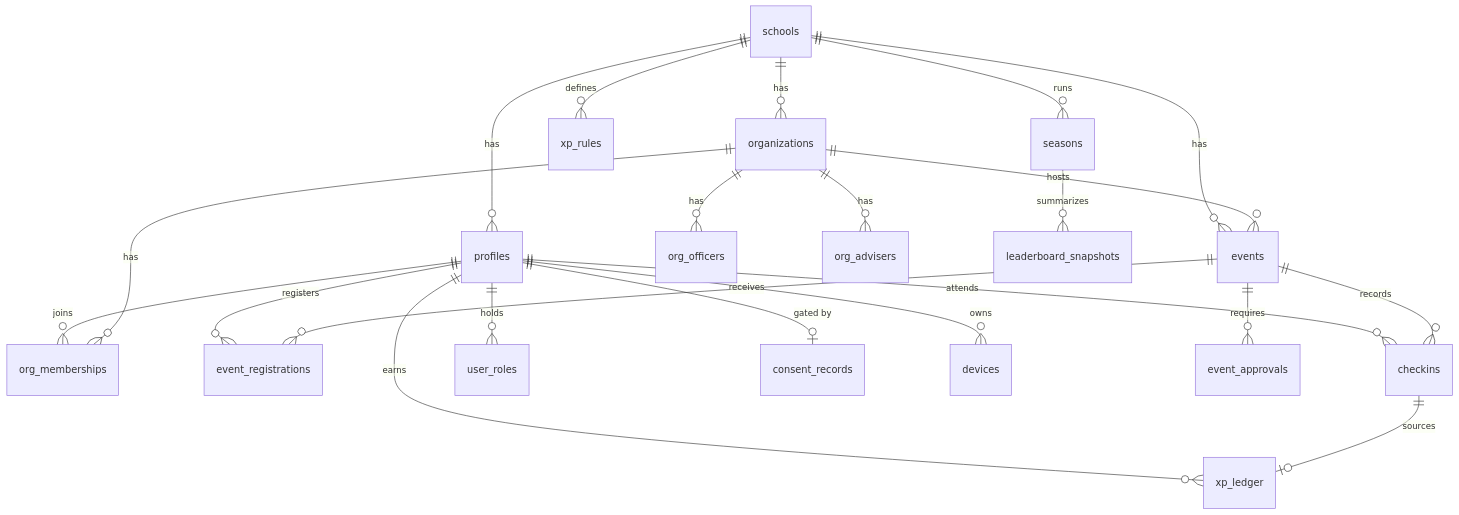
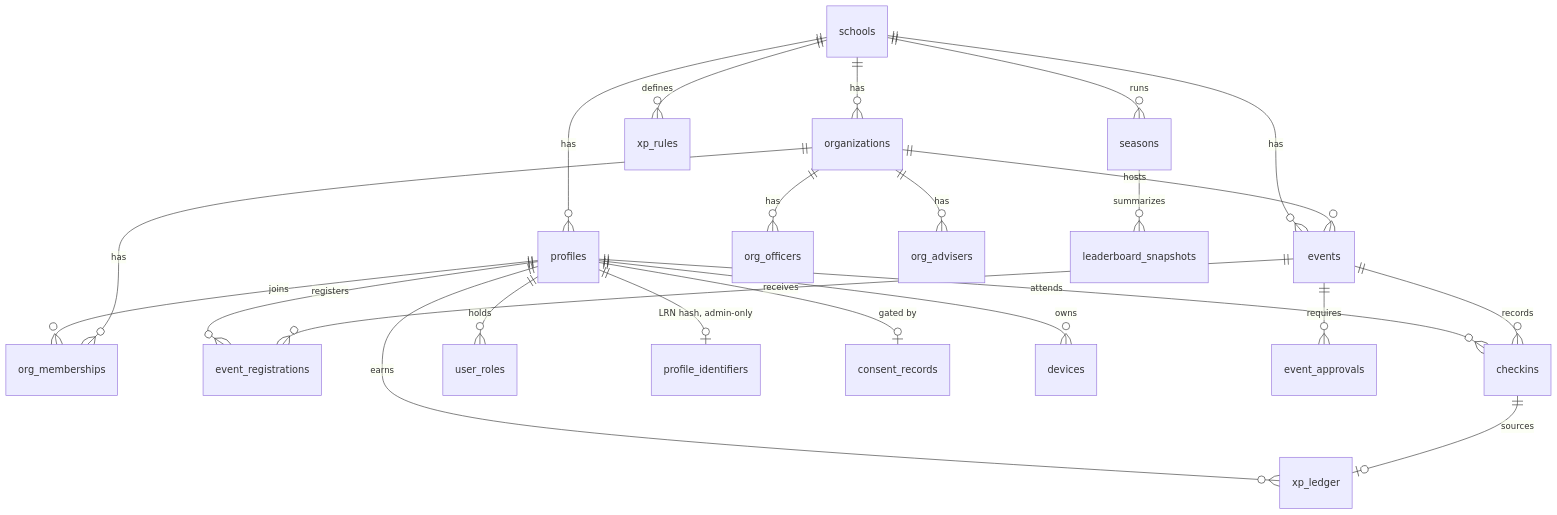
Before and after one commit to jash-aeio/Hiraya: the fifth of 5 diagrams in docs/SYSTEM_DESIGN.md, drawn with Mermaid. The commit also changed other lines of this file and 5 other files, not shown here.

First line of the commit message:
docs: checkpoint - Phase 0 week 1, schema and RLS landed

````diff
--- a/docs/SYSTEM_DESIGN.md
+++ b/docs/SYSTEM_DESIGN.md
@@ -203,28 +203,29 @@
 ```mermaid
 erDiagram
   schools ||--o{ profiles : has
   schools ||--o{ organizations : has
   schools ||--o{ events : has
   schools ||--o{ xp_rules : defines
   schools ||--o{ seasons : runs
 
   profiles ||--o{ org_memberships : joins
   profiles ||--o{ event_registrations : registers
   profiles ||--o{ checkins : attends
   profiles ||--o{ xp_ledger : earns
   profiles ||--o{ user_roles : holds
+  profiles ||--o| profile_identifiers : "LRN hash, admin-only"
   profiles ||--o| consent_records : "gated by"
   profiles ||--o{ devices : owns
 
   organizations ||--o{ org_memberships : has
   organizations ||--o{ org_officers : has
   organizations ||--o{ org_advisers : has
   organizations ||--o{ events : hosts
 
   events ||--o{ event_registrations : receives
   events ||--o{ event_approvals : requires
   events ||--o{ checkins : records
 
   checkins ||--o| xp_ledger : "sources"
   seasons ||--o{ leaderboard_snapshots : summarizes
 ```
````
